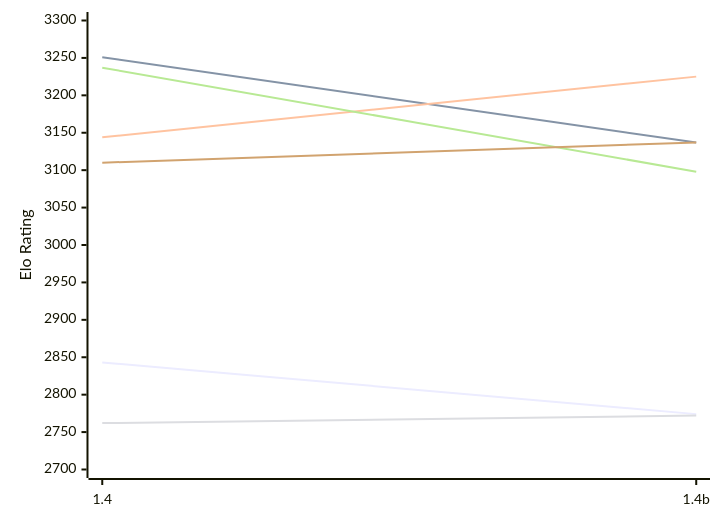
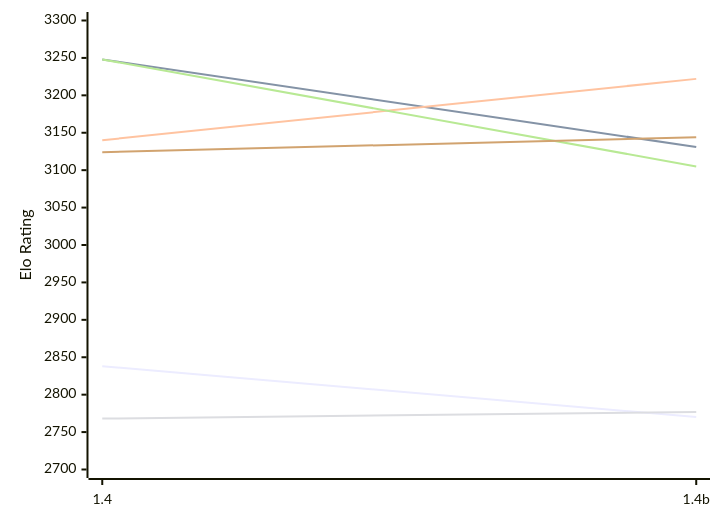
The first of 2 diagrams in engines/Chessnix.md (computer-chess-index/cci), drawn with Mermaid before and after one commit. The commit also changed other lines of this file, not shown here.

Commit message:
Update CCI Ratings (ELO VLTC) - 2026-11-21

````diff
--- a/engines/Chessnix.md
+++ b/engines/Chessnix.md
@@ -52,12 +52,12 @@
 ```mermaid
 %%{init: {"theme":"base","themeVariables":{"seriesColors:['#a3a3a3','#222221','#faa371']}}}%%
 xychart-beta
   x-axis ["1.4", "1.4b"]
   y-axis "Elo Rating" 2700 --> 3300
-  line "E1: STC (8.0+0.08s)" [2843, 2774]
-  line "E1: LTC (60.0+0.60s)" [3251, 3137]
-  line "E1: VLTC (2m24s+1.12s)" [3144, 3225]
-  line "P1: STC (8.0+0.08s)" [2762, 2772]
-  line "P1: LTC (60.0+0.60s)" [3237, 3098]
-  line "P1: VLTC (2m24s+1.12s)" [3110, 3137]
+  line "E1: STC (8.0+0.08s)" [2838, 2770]
+  line "E1: LTC (60.0+0.60s)" [3248, 3131]
+  line "E1: VLTC (2m24s+1.12s)" [3140, 3222]
+  line "P1: STC (8.0+0.08s)" [2768, 2777]
+  line "P1: LTC (60.0+0.60s)" [3248, 3105]
+  line "P1: VLTC (2m24s+1.12s)" [3124, 3144]
 ```
````
